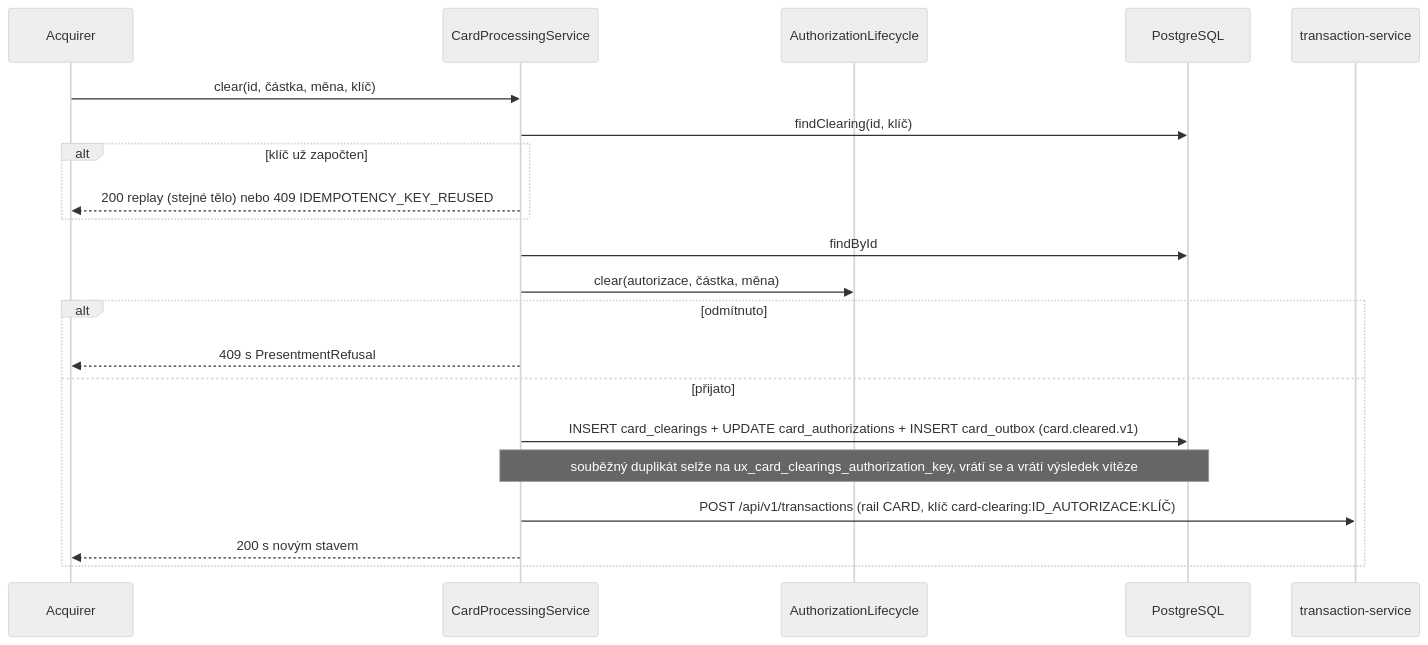
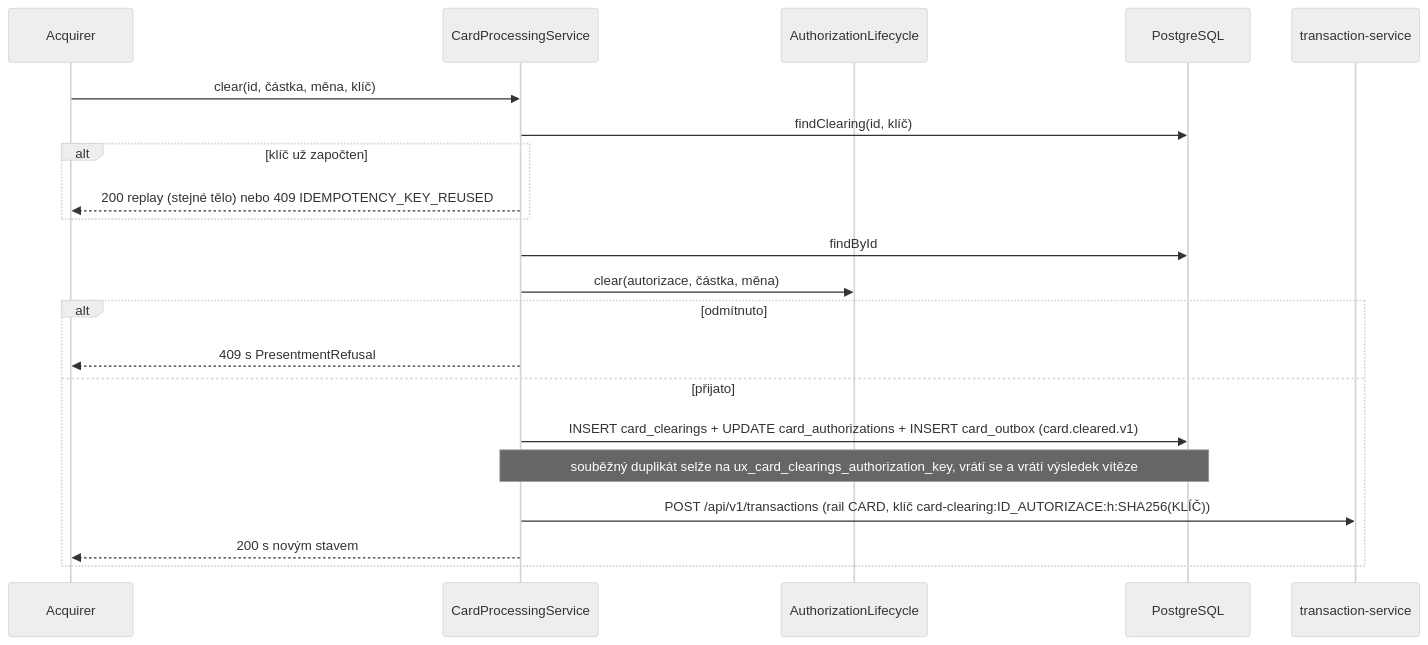
The fourth of 5 diagrams in openbank-card-processing-service/src/main/resources/docs/02-architecture.cs.md (JiRaska/open-bank-oss), drawn with Mermaid (neutral theme) before and after one commit. The commit also changed other lines of this file and 16 other files, not shown here.

````diff
--- a/openbank-card-processing-service/src/main/resources/docs/02-architecture.cs.md
+++ b/openbank-card-processing-service/src/main/resources/docs/02-architecture.cs.md
@@ -123,24 +123,24 @@
 ```mermaid
 sequenceDiagram
   participant A as Acquirer
   participant S as CardProcessingService
   participant L as AuthorizationLifecycle
   participant DB as PostgreSQL
   participant T as transaction-service
 
   A->>S: clear(id, částka, měna, klíč)
   S->>DB: findClearing(id, klíč)
   alt klíč už započten
     S-->>A: 200 replay (stejné tělo) nebo 409 IDEMPOTENCY_KEY_REUSED
   end
   S->>DB: findById
   S->>L: clear(autorizace, částka, měna)
   alt odmítnuto
     S-->>A: 409 s PresentmentRefusal
   else přijato
     S->>DB: INSERT card_clearings + UPDATE card_authorizations + INSERT card_outbox (card.cleared.v1)
     Note over S,DB: souběžný duplikát selže na ux_card_clearings_authorization_key, vrátí se a vrátí výsledek vítěze
-    S->>T: POST /api/v1/transactions (rail CARD, klíč card-clearing:ID_AUTORIZACE:KLÍČ)
+    S->>T: POST /api/v1/transactions (rail CARD, klíč card-clearing:ID_AUTORIZACE:h:SHA256(KLÍČ))
     S-->>A: 200 s novým stavem
   end
 ```
````
